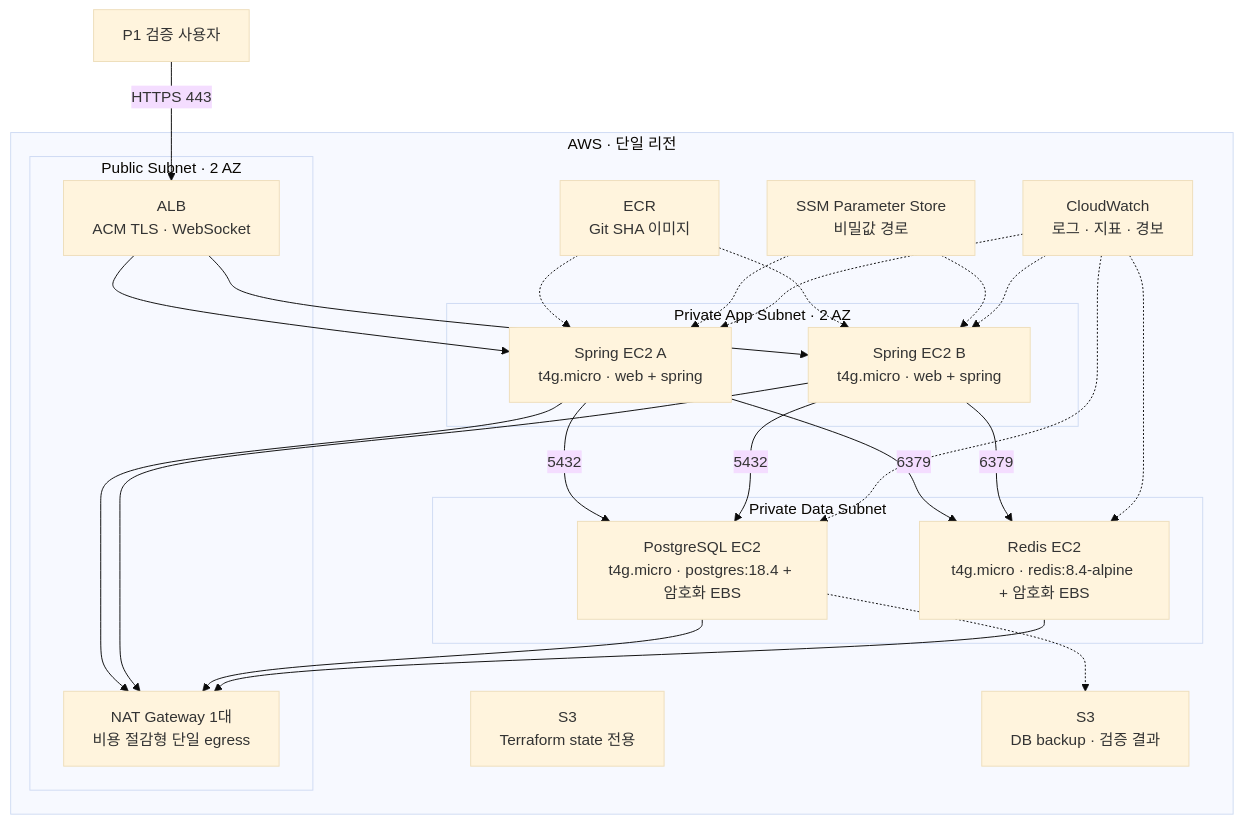
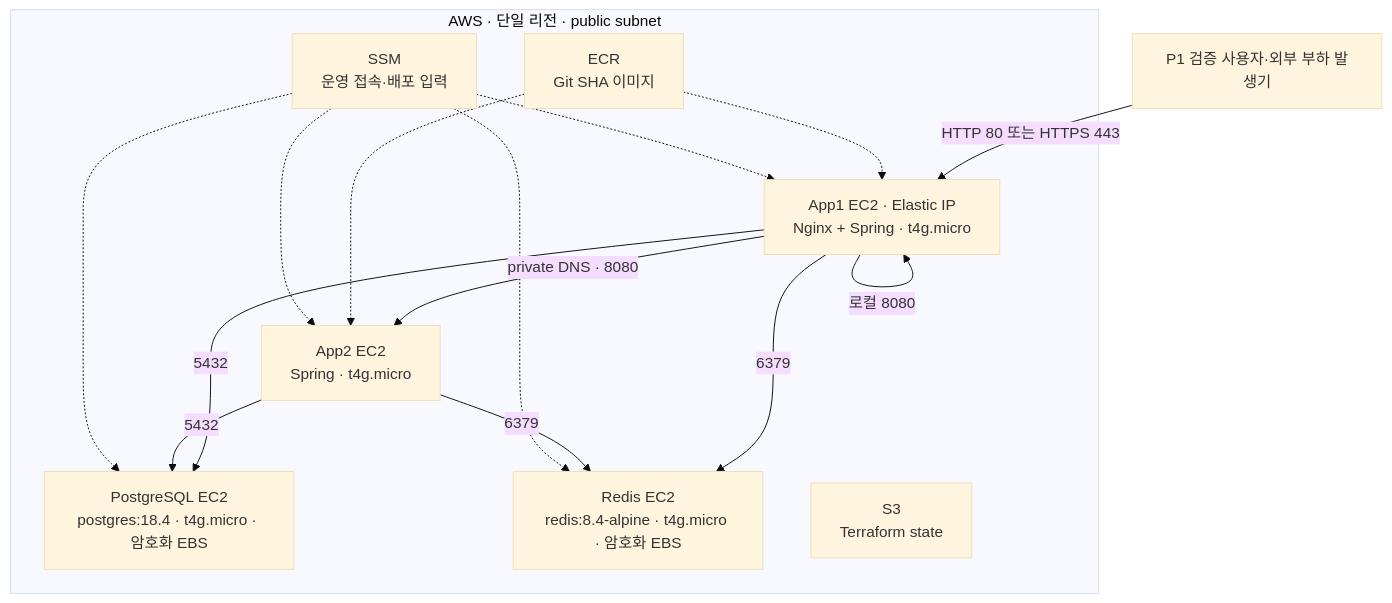
The first of 2 diagrams in docs/guides/AWS_MULTI_INSTANCE_INFRASTRUCTURE.md (bamsongi-club/albam-mate), drawn with Mermaid (base theme) before and after one commit. The commit also changed other lines of this file and 12 other files, not shown here.

````diff
--- a/docs/guides/AWS_MULTI_INSTANCE_INFRASTRUCTURE.md
+++ b/docs/guides/AWS_MULTI_INSTANCE_INFRASTRUCTURE.md
@@ -52,47 +38,27 @@
 ```mermaid
 flowchart TB
-    USER["P1 검증 사용자"] -->|"HTTPS 443"| ALB["ALB<br/>ACM TLS · WebSocket"]
+    USER["P1 검증 사용자·외부 부하 발생기"] -->|"HTTP 80 또는 HTTPS 443"| NGINX["App1 EC2 · Elastic IP<br/>Nginx + Spring · t4g.micro"]
 
-    subgraph AWS["AWS · 단일 리전"]
-        subgraph PUBLIC["Public Subnet · 2 AZ"]
-            ALB
-            NAT["NAT Gateway 1대<br/>비용 절감형 단일 egress"]
-        end
-
-        subgraph APP["Private App Subnet · 2 AZ"]
-            APP1["Spring EC2 A<br/>t4g.micro · web + spring"]
-            APP2["Spring EC2 B<br/>t4g.micro · web + spring"]
-        end
-
-        subgraph DATA["Private Data Subnet"]
-            DB["PostgreSQL EC2<br/>t4g.micro · postgres:18.4 + 암호화 EBS"]
-            REDIS["Redis EC2<br/>t4g.micro · redis:8.4-alpine + 암호화 EBS"]
-        end
-
-        STATE["S3<br/>Terraform state 전용"]
-        BACKUP["S3<br/>DB backup · 검증 결과"]
+    subgraph AWS["AWS · 단일 리전 · public subnet"]
+        NGINX
+        APP2["App2 EC2<br/>Spring · t4g.micro"]
+        DB["PostgreSQL EC2<br/>postgres:18.4 · t4g.micro · 암호화 EBS"]
+        REDIS["Redis EC2<br/>redis:8.4-alpine · t4g.micro · 암호화 EBS"]
         ECR["ECR<br/>Git SHA 이미지"]
-        SSM["SSM Parameter Store<br/>비밀값 경로"]
-        CW["CloudWatch<br/>로그 · 지표 · 경보"]
+        SSM["SSM<br/>운영 접속·배포 입력"]
+        STATE["S3<br/>Terraform state"]
     end
 
-    ALB --> APP1
-    ALB --> APP2
-    APP1 -->|"5432"| DB
+    NGINX -->|"로컬 8080"| NGINX
+    NGINX -->|"private DNS · 8080"| APP2
+    NGINX -->|"5432"| DB
     APP2 -->|"5432"| DB
-    APP1 -->|"6379"| REDIS
+    NGINX -->|"6379"| REDIS
     APP2 -->|"6379"| REDIS
-    APP1 --> NAT
-    APP2 --> NAT
-    DB --> NAT
-    REDIS --> NAT
-    ECR -.-> APP1
+    ECR -.-> NGINX
     ECR -.-> APP2
-    SSM -.-> APP1
+    SSM -.-> NGINX
     SSM -.-> APP2
-    DB -.-> BACKUP
-    CW -.-> APP1
-    CW -.-> APP2
-    CW -.-> DB
-    CW -.-> REDIS
+    SSM -.-> DB
+    SSM -.-> REDIS
 ```
````
